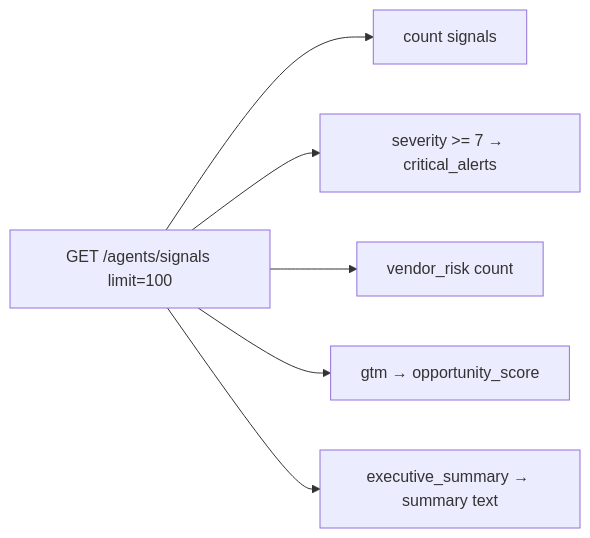
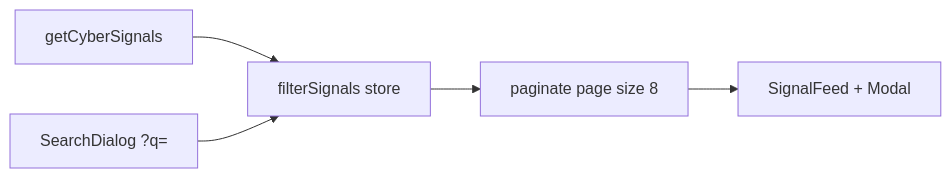
The third of 7 diagrams in sentinelx-frontend/docs/workflow.md (JayXCoder/SentinelX), drawn with Mermaid before and after one commit. The commit also changed other lines of this file and 158 other files, not shown here.

````diff
--- a/sentinelx-frontend/docs/workflow.md
+++ b/sentinelx-frontend/docs/workflow.md
@@ -36,8 +41,7 @@
 ```mermaid
 flowchart LR
-  SIG[GET /agents/signals limit=100] --> COUNT[count signals]
-  SIG --> CRIT[severity >= 7 → critical_alerts]
-  SIG --> VR[vendor_risk count]
-  SIG --> GTM[gtm → opportunity_score]
-  SIG --> EXEC[executive_summary → summary text]
+  fetch[getCyberSignals] --> filter[filterSignals store]
+  filter --> page[paginate page size 8]
+  page --> UI[SignalFeed + Modal]
+  search[SearchDialog ?q=] --> filter
 ```
````
